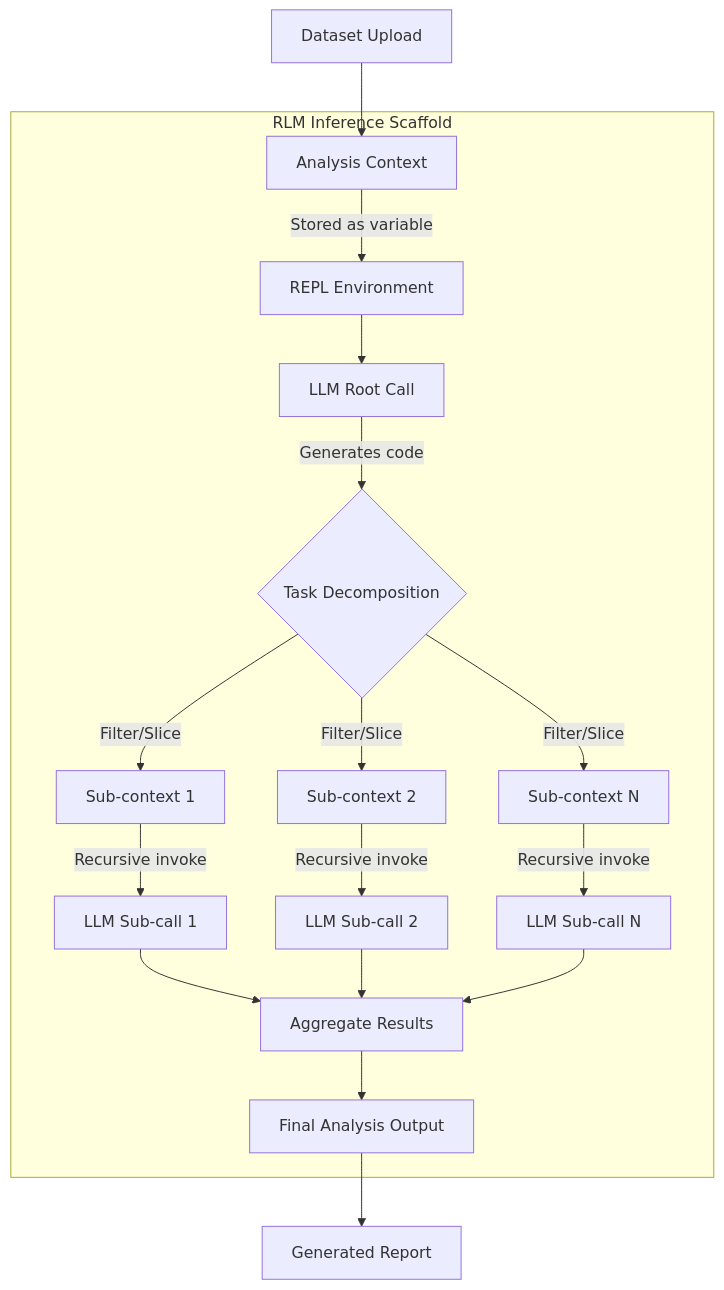
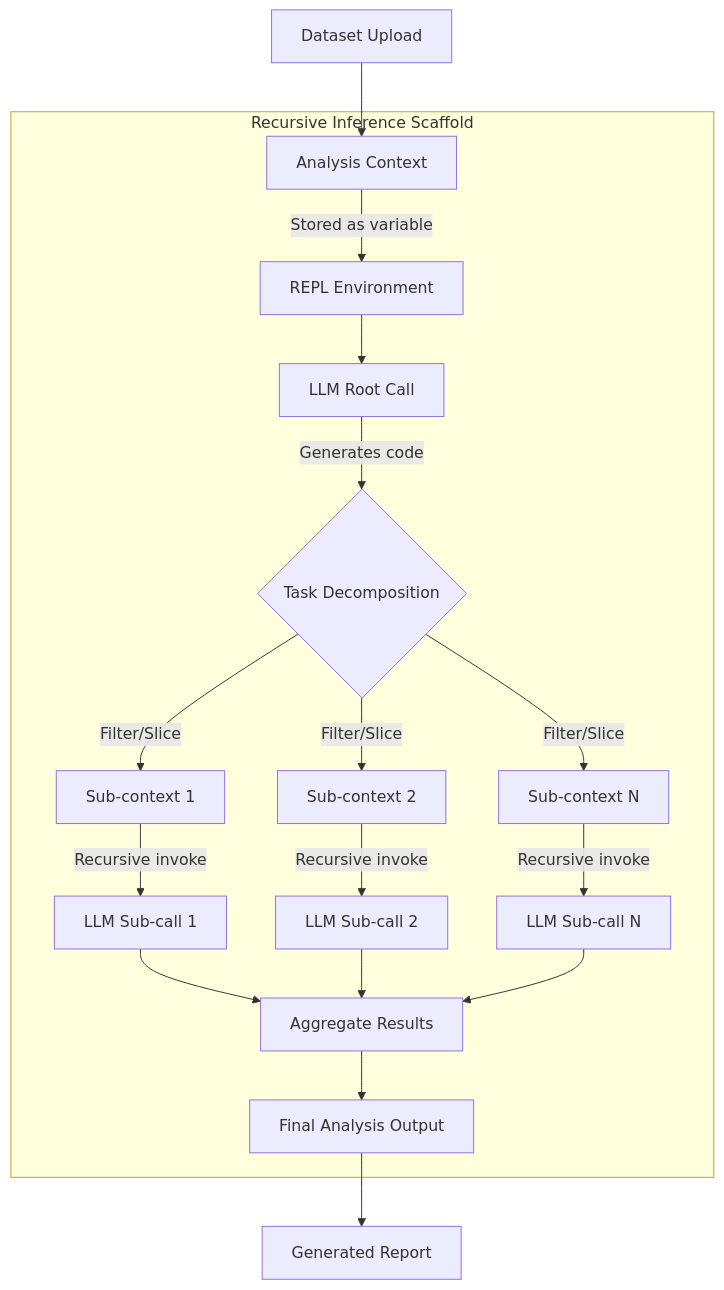
The fourth of 6 diagrams in README.md (shahdaksh050/agentic-data-analysis), drawn with Mermaid before and after one commit. The commit also changed other lines of this file and 16 other files, not shown here.

````diff
--- a/README.md
+++ b/README.md
@@ -249,21 +248,21 @@
 ```mermaid
 graph TB
-    subgraph "RLM Inference Scaffold"
+    subgraph "Recursive Inference Scaffold"
         A[Analysis Context] -->|Stored as variable| B[REPL Environment]
         B --> C[LLM Root Call]
         C -->|Generates code| D{Task Decomposition}
         D -->|Filter/Slice| E[Sub-context 1]
         D -->|Filter/Slice| F[Sub-context 2]
         D -->|Filter/Slice| G[Sub-context N]
         E -->|Recursive invoke| H[LLM Sub-call 1]
         F -->|Recursive invoke| I[LLM Sub-call 2]
         G -->|Recursive invoke| J[LLM Sub-call N]
         H --> K[Aggregate Results]
         I --> K
         J --> K
         K --> L[Final Analysis Output]
     end
     
     M[Dataset Upload] --> A
     L --> N[Generated Report]
 ```
````
